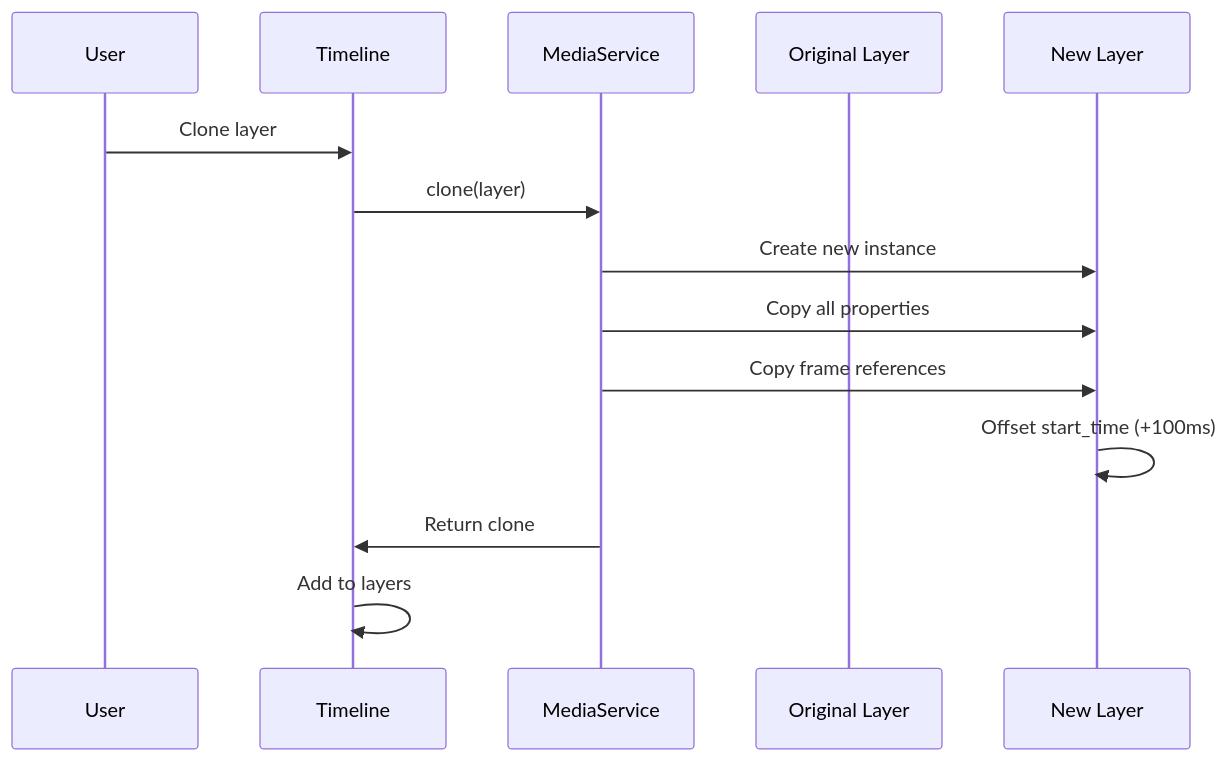
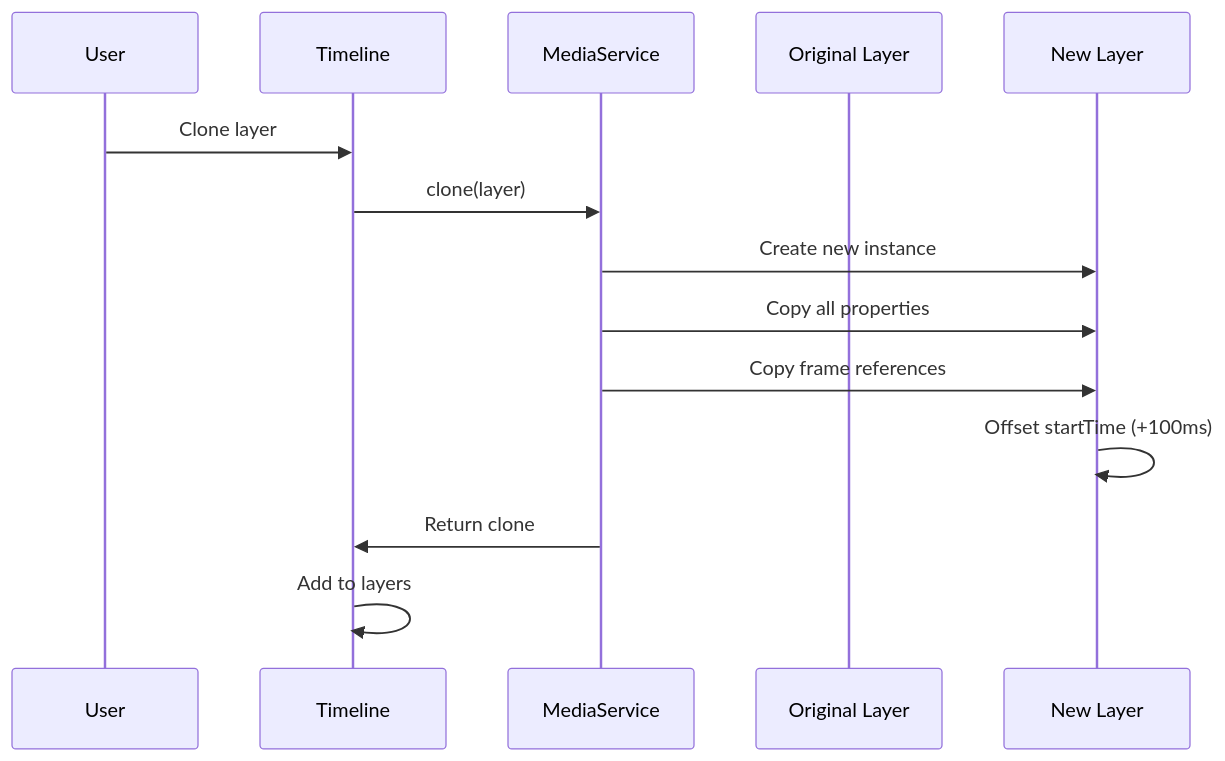
Diagram 12 of 15 in docs/architecture/05-timeline-layers.md (apssouza22/web-video-edit), drawn with Mermaid before and after one commit. The commit also changed other lines of this file and 29 other files, not shown here.

Commit message:
rename start_time to startTime

````diff
--- a/docs/architecture/05-timeline-layers.md
+++ b/docs/architecture/05-timeline-layers.md
@@ -436,17 +436,17 @@
 ```mermaid
 sequenceDiagram
     participant User
     participant Timeline
     participant MediaService
     participant Original as Original Layer
     participant Clone as New Layer
 
     User->>Timeline: Clone layer
     Timeline->>MediaService: clone(layer)
     MediaService->>Clone: Create new instance
     MediaService->>Clone: Copy all properties
     MediaService->>Clone: Copy frame references
-    Clone->>Clone: Offset start_time (+100ms)
+    Clone->>Clone: Offset startTime (+100ms)
     MediaService->>Timeline: Return clone
     Timeline->>Timeline: Add to layers
 ```
````
